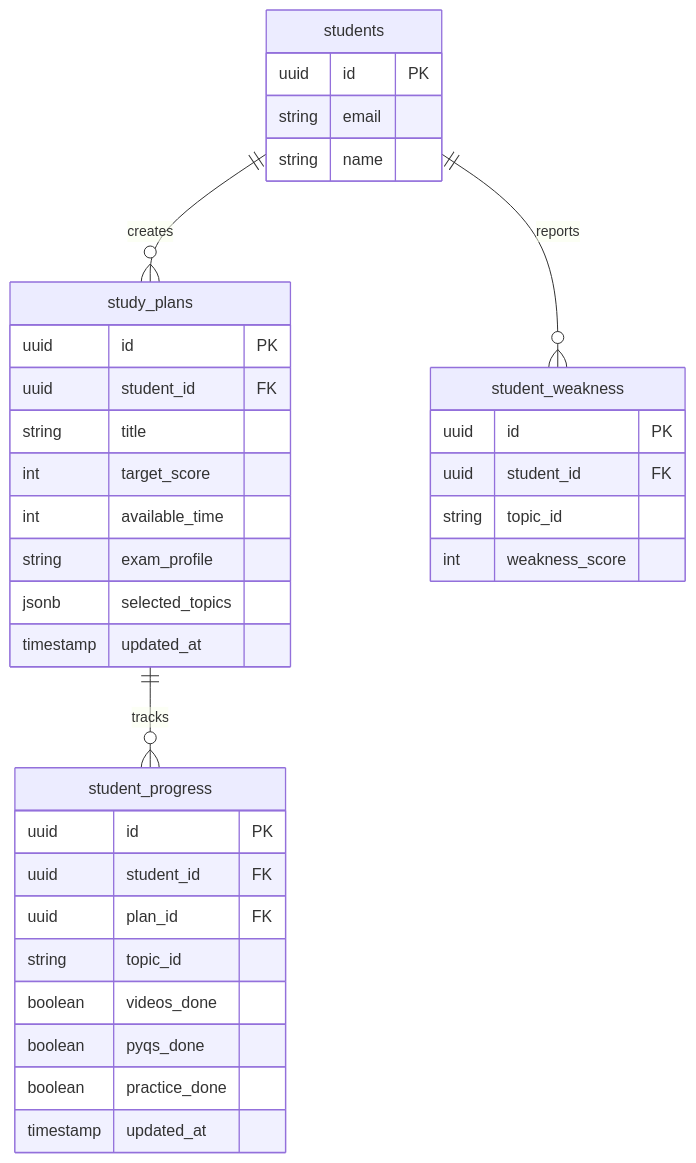
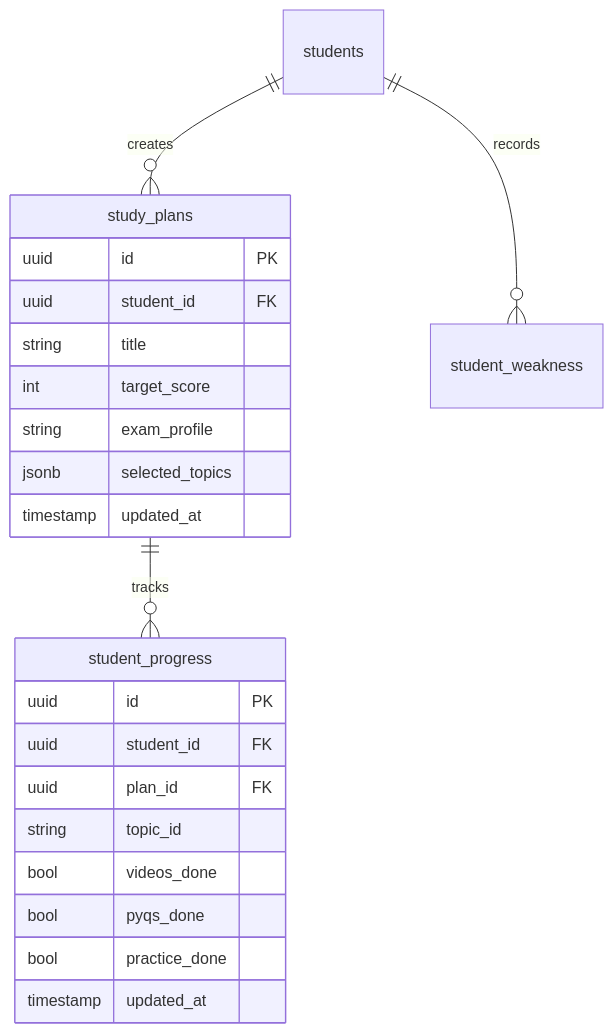
One commit to PraveenB45/ai-powered-goal-slider changed the diagram in PROJECT_REPORT.md. Above: the diagram before and after it, drawn with Mermaid. The commit also changed other lines of this file, not shown here.

Commit message:
docs: update project report to v2.0 with all features including AI Study Dashboard

````diff
--- a/PROJECT_REPORT.md
+++ b/PROJECT_REPORT.md
@@ -42,38 +116,27 @@
 ```mermaid
 erDiagram
-    students ||--o{ study_plans : creates
-    study_plans ||--o{ student_progress : tracks
-    students ||--o{ student_weakness : reports
-    
-    students {
-        uuid id PK
-        string email
-        string name
-    }
+    students ||--o{ study_plans : "creates"
+    study_plans ||--o{ student_progress : "tracks"
+    students ||--o{ student_weakness : "records"
+
     study_plans {
         uuid id PK
         uuid student_id FK
         string title
         int target_score
-        int available_time
         string exam_profile
         jsonb selected_topics
         timestamp updated_at
     }
+
     student_progress {
         uuid id PK
         uuid student_id FK
         uuid plan_id FK
         string topic_id
-        boolean videos_done
-        boolean pyqs_done
-        boolean practice_done
+        bool videos_done
+        bool pyqs_done
+        bool practice_done
         timestamp updated_at
     }
-    student_weakness {
-        uuid id PK
-        uuid student_id FK
-        string topic_id
-        int weakness_score
-    }
 ```
````
